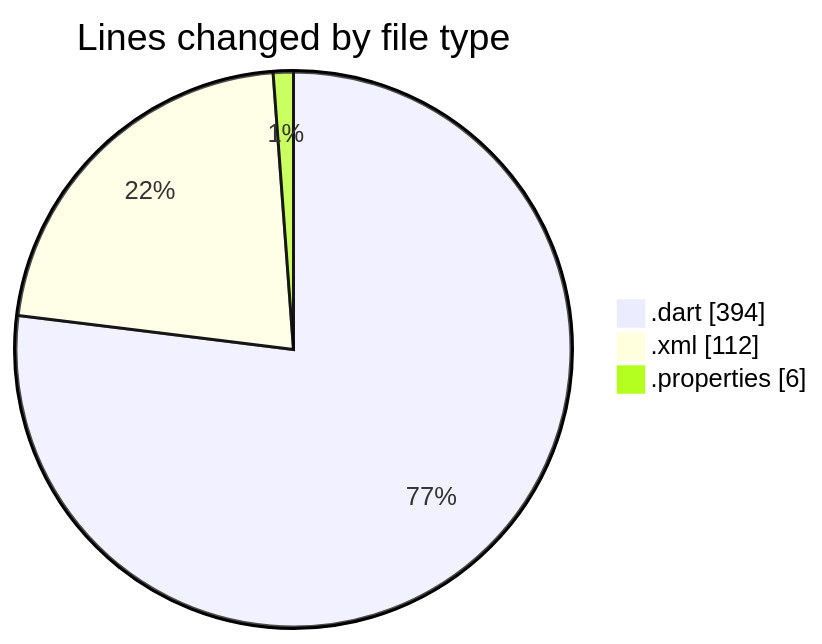
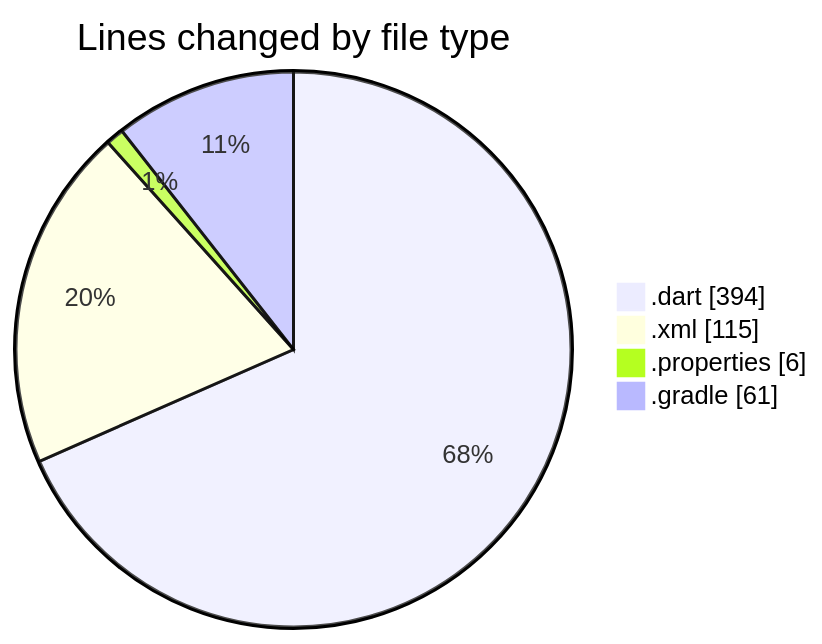
The first of 2 diagrams in 2025-01-27/maps_clone/README.md (donsfak/code-tracking), drawn with Mermaid before and after one commit. The commit also changed other lines of this file and 1 other file, not shown here.

````diff
--- a/2025-01-27/maps_clone/README.md
+++ b/2025-01-27/maps_clone/README.md
@@ -22,7 +23,8 @@
 ```mermaid
 pie showData
 title Lines changed by file type
 ".dart" : 394
-".xml" : 112
+".xml" : 115
 ".properties" : 6
+".gradle" : 61
 ```
````
